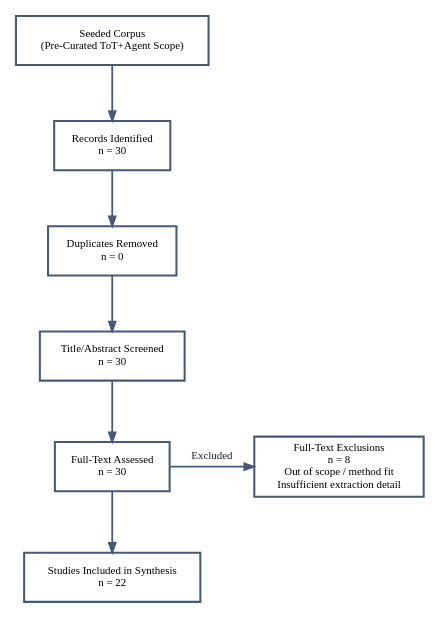
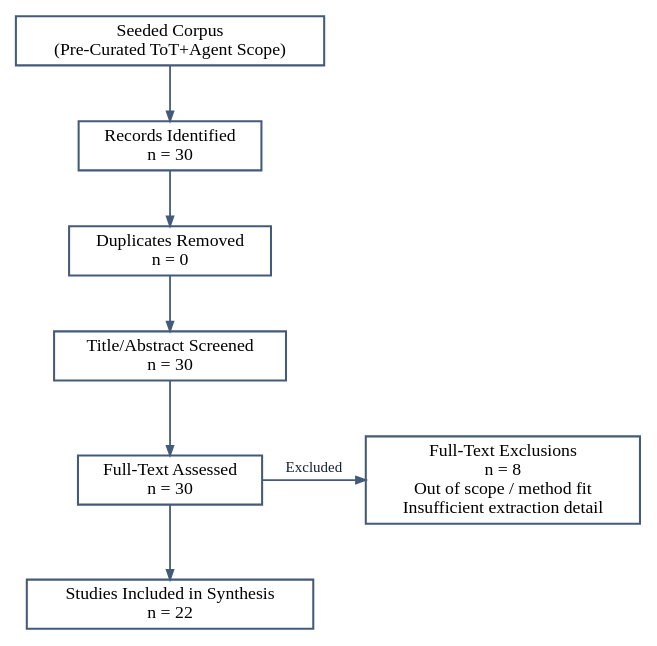
Before and after one commit to quiznat/tot-hf-survey-artifacts: the diagram in assets/diagram_survey_method.dot, drawn with Graphviz. The commit also changed 15 other files, not shown here.

Commit message:
Match diagram typography to manuscript body scale

```diff
--- a/assets/diagram_survey_method.dot
+++ b/assets/diagram_survey_method.dot
@@ -1,18 +1,18 @@
 digraph G {
   graph [bgcolor="#ffffff", pad="0.06", nodesep="0.34", ranksep="0.50", splines="polyline", fontname="Times-Roman", fontcolor="#162130", margin="0.02", rankdir="TB", ranksep="0.56"];
-  node [shape="box", style="filled", fillcolor="#ffffff", color="#445a79", penwidth="1.5", fontname="Times-Roman", fontsize="8", margin="0.08,0.06"];
-  edge [color="#445a79", penwidth="1.3", arrowsize="0.70", fontname="Times-Roman", fontsize="8", fontcolor="#162130"];
+  node [shape="box", style="filled", fillcolor="#ffffff", color="#445a79", penwidth="1.5", fontname="Times-Roman", fontsize="13", margin="0.08,0.06"];
+  edge [color="#445a79", penwidth="1.3", arrowsize="0.70", fontname="Times-Roman", fontsize="11", fontcolor="#162130"];
 
   seed [label="Seeded Corpus\n(Pre-Curated ToT+Agent Scope)"];
   records [label="Records Identified\nn = 30"];
   dupes [label="Duplicates Removed\nn = 0"];
   screened [label="Title/Abstract Screened\nn = 30"];
   fulltext [label="Full-Text Assessed\nn = 30"];
   included [label="Studies Included in Synthesis\nn = 22"];
   excluded [label="Full-Text Exclusions\nn = 8\nOut of scope / method fit\nInsufficient extraction detail"];
 
   seed -> records -> dupes -> screened -> fulltext -> included;
   fulltext -> excluded [label="Excluded", constraint=false];
 
   { rank=same; fulltext; excluded }
 }
```
